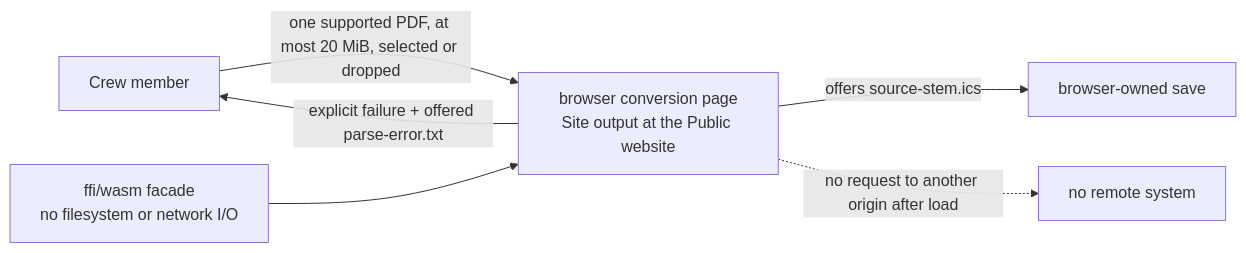
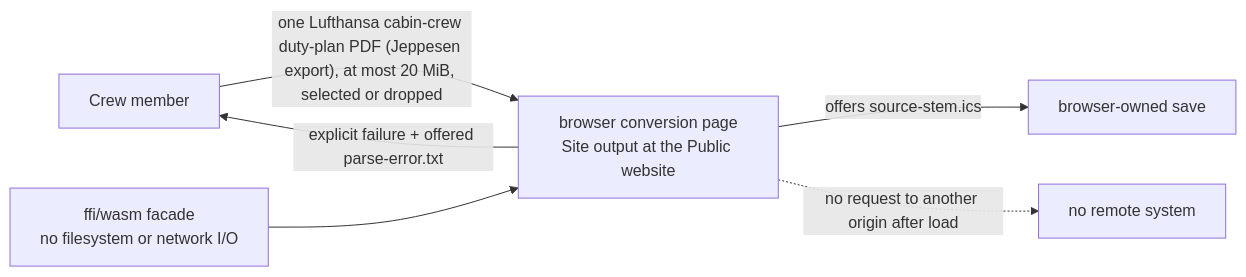
Before and after one commit to duty2cal/duty2cal: the second of 7 diagrams in docs/arc42/03-context-and-scope.md, drawn with Mermaid. The commit also changed other lines of this file and 30 other files, not shown here.

Commit message:
chore(state-the-supported-duty-plan): record the reviewed plan for the supported-plan statement

````diff
--- a/docs/arc42/03-context-and-scope.md
+++ b/docs/arc42/03-context-and-scope.md
@@ -29,8 +45,8 @@
 ```mermaid
 flowchart LR
-  crew["Crew member"] -->|"one supported PDF, at most 20 MiB, selected or dropped"| page["browser conversion page<br/>Site output at the Public website"]
+  crew["Crew member"] -->|"one Lufthansa cabin-crew duty-plan PDF (Jeppesen export), at most 20 MiB, selected or dropped"| page["browser conversion page<br/>Site output at the Public website"]
   page -->|"offers source-stem.ics"| browser["browser-owned save"]
   page -->|"explicit failure + offered parse-error.txt"| crew
   wasm["ffi/wasm facade<br/>no filesystem or network I/O"] --> page
   page -.->|"no request to another origin after load"| none["no remote system"]
 ```
````
